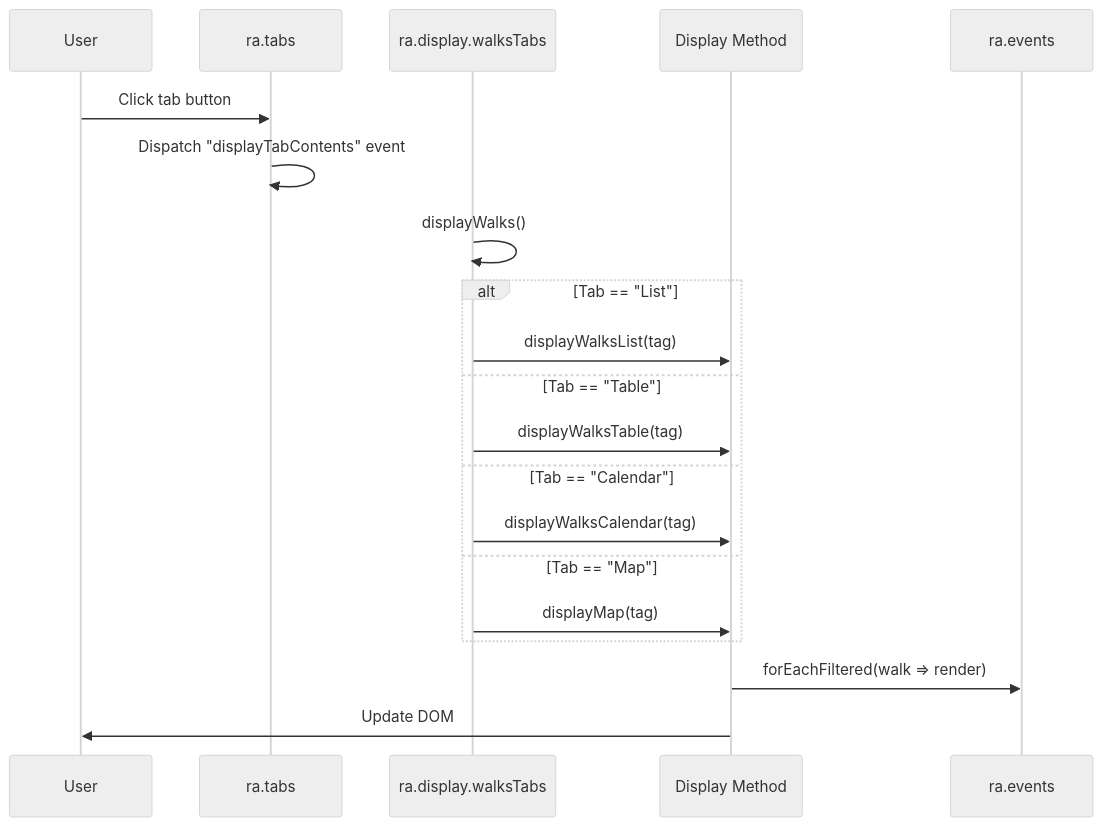
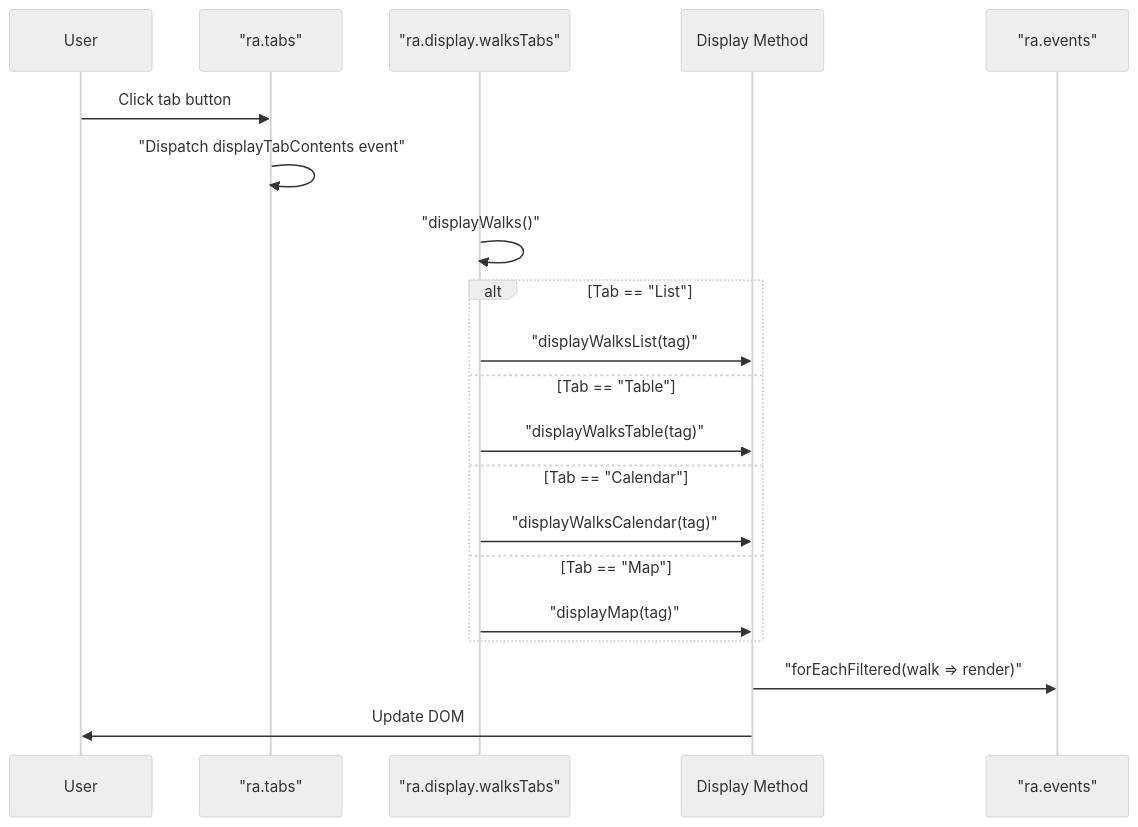
The third of 5 diagrams in media/jsonwalks/HLD.md (pauljrhodes/ramblers-library), drawn with Mermaid (neutral theme) before and after one commit. The commit also changed other lines of this file and 33 other files, not shown here.

First line of the commit message:
Normalize Mermaid diagrams for GitHub rendering (#13)

````diff
--- a/media/jsonwalks/HLD.md
+++ b/media/jsonwalks/HLD.md
@@ -223,23 +223,23 @@
 ```mermaid
 sequenceDiagram
     participant User as User
-    participant Tabs as ra.tabs
-    participant WalksTabs as ra.display.walksTabs
+    participant Tabs as "ra.tabs"
+    participant WalksTabs as "ra.display.walksTabs"
     participant Display as Display Method
-    participant Events as ra.events
+    participant Events as "ra.events"
 
     User->>Tabs: Click tab button
-    Tabs->>Tabs: Dispatch "displayTabContents" event
-    WalksTabs->>WalksTabs: displayWalks()
+    Tabs->>Tabs: "Dispatch displayTabContents event"
+    WalksTabs->>WalksTabs: "displayWalks()"
     alt Tab == "List"
-        WalksTabs->>Display: displayWalksList(tag)
+        WalksTabs->>Display: "displayWalksList(tag)"
     else Tab == "Table"
-        WalksTabs->>Display: displayWalksTable(tag)
+        WalksTabs->>Display: "displayWalksTable(tag)"
     else Tab == "Calendar"
-        WalksTabs->>Display: displayWalksCalendar(tag)
+        WalksTabs->>Display: "displayWalksCalendar(tag)"
     else Tab == "Map"
-        WalksTabs->>Display: displayMap(tag)
+        WalksTabs->>Display: "displayMap(tag)"
     end
-    Display->>Events: forEachFiltered(walk => render)
+    Display->>Events: "forEachFiltered(walk => render)"
     Display->>User: Update DOM
 ```
````
